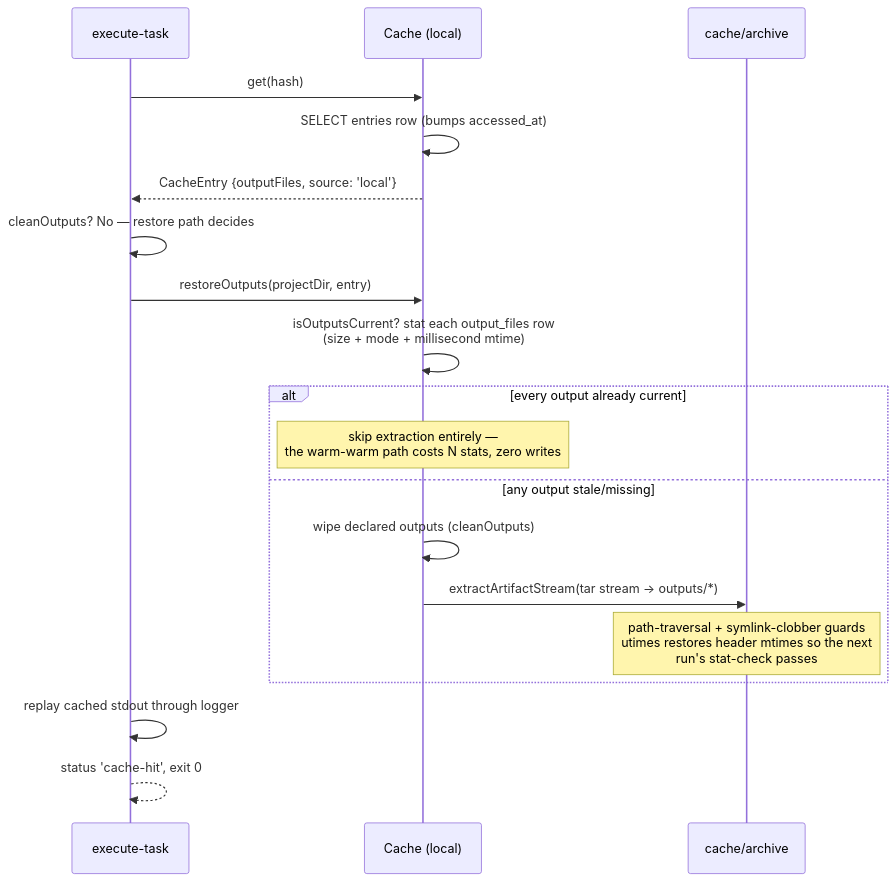
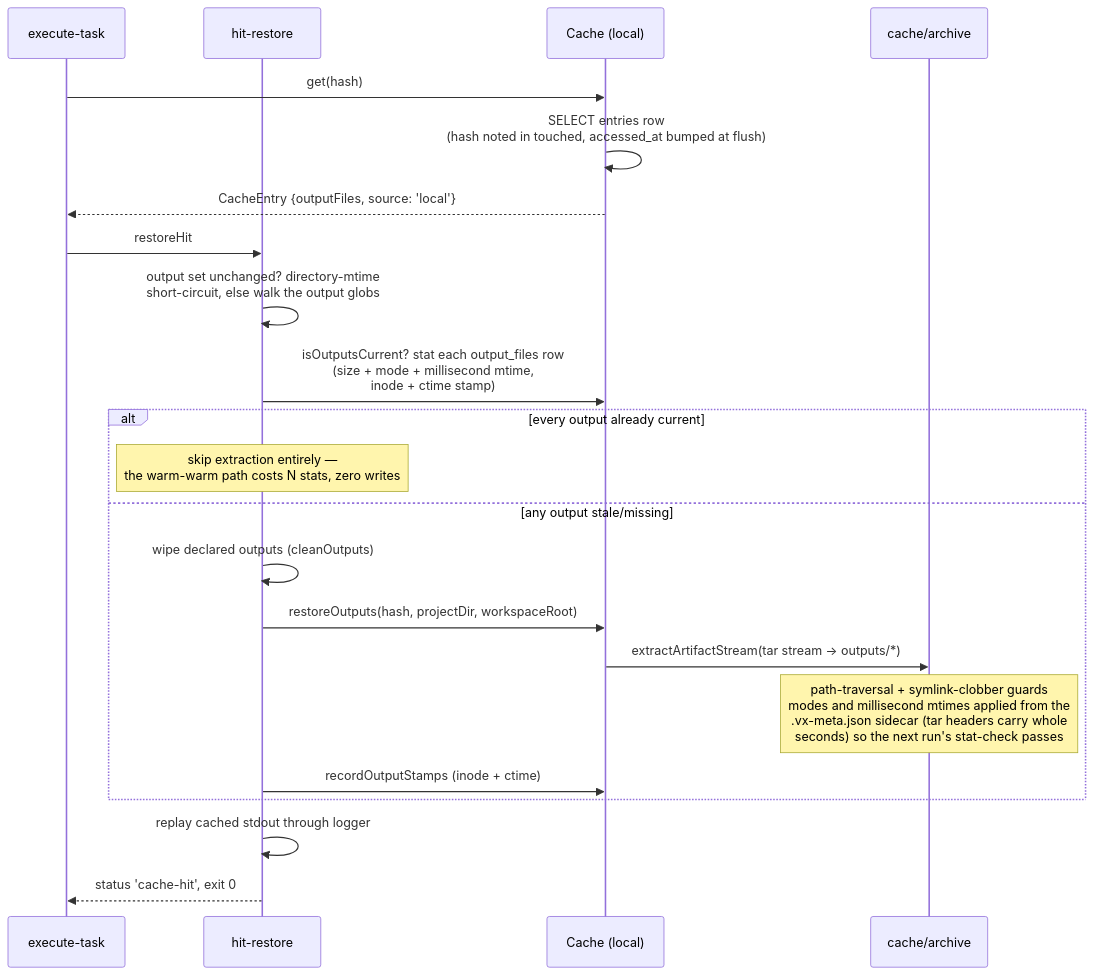
One commit to vznjs/vx changed the second of 10 diagrams in packages/vx/docs/flows.md. Above: the diagram before and after it, drawn with Mermaid. The commit also changed other lines of this file and 2 other files, not shown here.

First line of the commit message:
Correct flows, patterns and optimizations against the code (J-6)

````diff
--- a/packages/vx/docs/flows.md
+++ b/packages/vx/docs/flows.md
@@ -50,22 +50,25 @@
 ```mermaid
 sequenceDiagram
     participant X as execute-task
+    participant H as hit-restore
     participant C as Cache (local)
     participant T as cache/archive
 
     X->>C: get(hash)
-    C->>C: SELECT entries row (bumps accessed_at)
+    C->>C: SELECT entries row<br/>(hash noted in touched, accessed_at bumped at flush)
     C-->>X: CacheEntry {outputFiles, source: 'local'}
-    X->>X: cleanOutputs? No — restore path decides
-    X->>C: restoreOutputs(projectDir, entry)
-    C->>C: isOutputsCurrent? stat each output_files row<br/>(size + mode + millisecond mtime)
+    X->>H: restoreHit
+    H->>H: output set unchanged? directory-mtime<br/>short-circuit, else walk the output globs
+    H->>C: isOutputsCurrent? stat each output_files row<br/>(size + mode + millisecond mtime,<br/>inode + ctime stamp)
     alt every output already current
-        Note over C: skip extraction entirely —<br/>the warm-warm path costs N stats, zero writes
+        Note over H: skip extraction entirely —<br/>the warm-warm path costs N stats, zero writes
     else any output stale/missing
-        C->>C: wipe declared outputs (cleanOutputs)
+        H->>H: wipe declared outputs (cleanOutputs)
+        H->>C: restoreOutputs(hash, projectDir, workspaceRoot)
         C->>T: extractArtifactStream(tar stream → outputs/*)
-        Note over T: path-traversal + symlink-clobber guards<br/>utimes restores header mtimes so the next<br/>run's stat-check passes
+        Note over T: path-traversal + symlink-clobber guards<br/>modes and millisecond mtimes applied from the<br/>.vx-meta.json sidecar (tar headers carry whole<br/>seconds) so the next run's stat-check passes
+        H->>C: recordOutputStamps (inode + ctime)
     end
-    X->>X: replay cached stdout through logger
-    X-->>X: status 'cache-hit', exit 0
+    H->>H: replay cached stdout through logger
+    H-->>X: status 'cache-hit', exit 0
 ```
````
